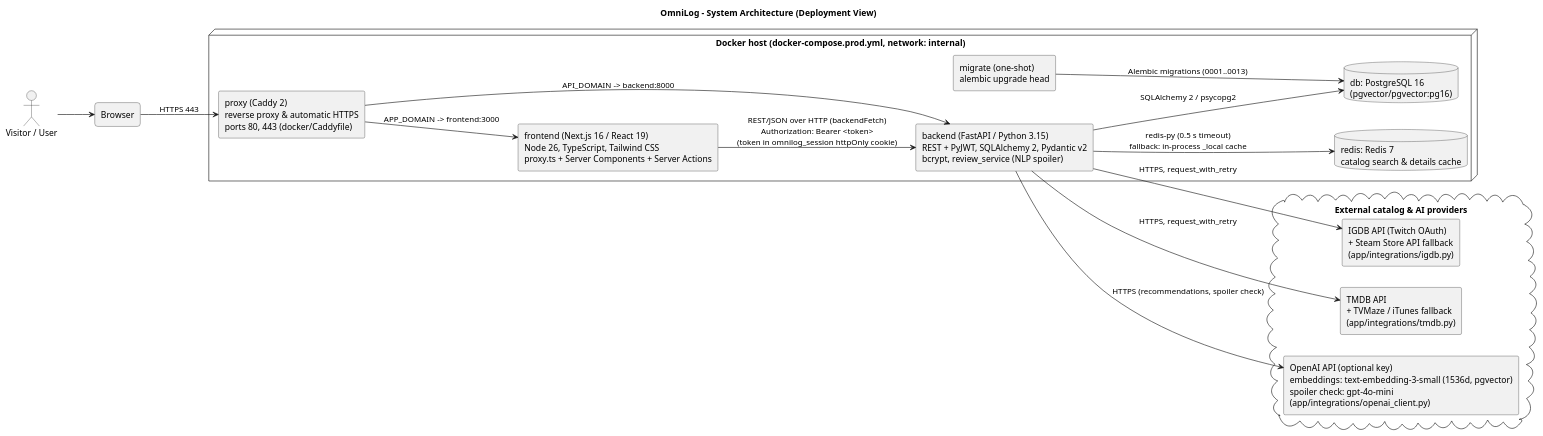
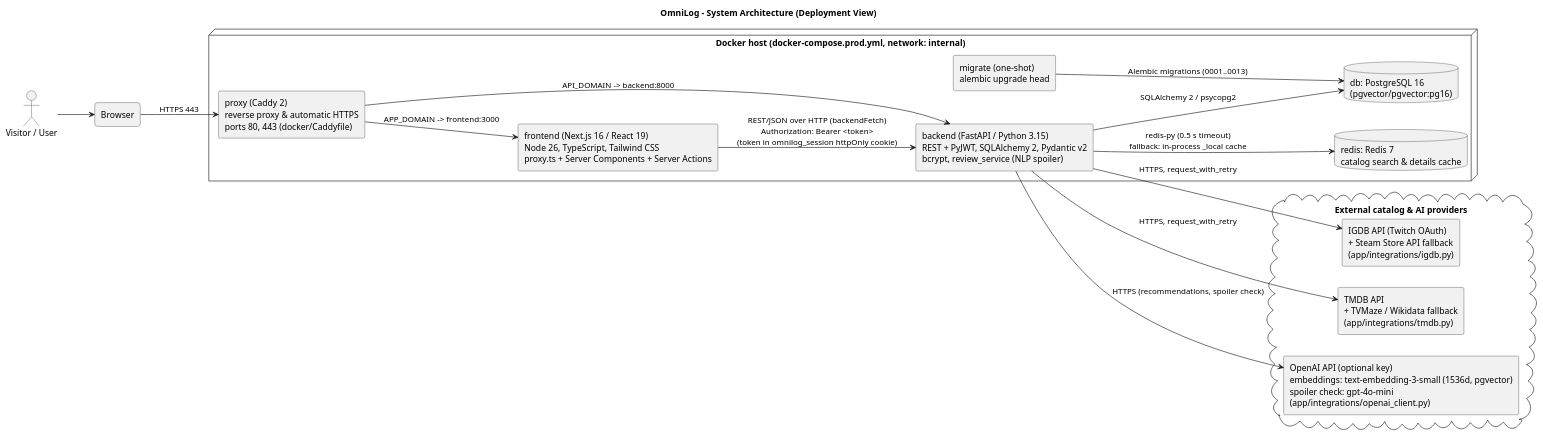
The diagram in docs/design/arch/01-system-architecture.puml (metezd/OmniLog), drawn with PlantUML before and after one commit. The commit also changed 9 other files, not shown here.

First line of the commit message:
docs(design): show Wikidata as the keyless movie source in the diagrams and the report

```diff
--- a/docs/design/arch/01-system-architecture.puml
+++ b/docs/design/arch/01-system-architecture.puml
@@ -1,38 +1,38 @@
 @startuml 01-system-architecture
 title OmniLog - System Architecture (Deployment View)
 skinparam shadowing false
 skinparam defaultFontName Helvetica
 skinparam componentStyle rectangle
 skinparam RectangleRoundCorner 10
 left to right direction
 
 actor "Visitor / User" as U
 rectangle "Browser" as B
 
 node "Docker host (docker-compose.prod.yml, network: internal)" {
   component "proxy (Caddy 2)\nreverse proxy & automatic HTTPS\nports 80, 443 (docker/Caddyfile)" as P
   component "frontend (Next.js 16 / React 19)\nNode 26, TypeScript, Tailwind CSS\nproxy.ts + Server Components + Server Actions" as FE
   component "backend (FastAPI / Python 3.15)\nREST + PyJWT, SQLAlchemy 2, Pydantic v2\nbcrypt, review_service (NLP spoiler)" as BE
   component "migrate (one-shot)\nalembic upgrade head" as MIG
   database "db: PostgreSQL 16\n(pgvector/pgvector:pg16)" as PG
   database "redis: Redis 7\ncatalog search & details cache" as R
 }
 
 cloud "External catalog & AI providers" {
   component "IGDB API (Twitch OAuth)\n+ Steam Store API fallback\n(app/integrations/igdb.py)" as IGDB
-  component "TMDB API\n+ TVMaze / iTunes fallback\n(app/integrations/tmdb.py)" as TMDB
+  component "TMDB API\n+ TVMaze / Wikidata fallback\n(app/integrations/tmdb.py)" as TMDB
   component "OpenAI API (optional key)\nembeddings: text-embedding-3-small (1536d, pgvector)\nspoiler check: gpt-4o-mini\n(app/integrations/openai_client.py)" as AI
 }
 
 U --> B
 B --> P : HTTPS 443
 P --> FE : APP_DOMAIN -> frontend:3000
 P --> BE : API_DOMAIN -> backend:8000
 FE --> BE : REST/JSON over HTTP (backendFetch)\nAuthorization: Bearer <token>\n(token in omnilog_session httpOnly cookie)
 BE --> PG : SQLAlchemy 2 / psycopg2
 BE --> R : redis-py (0.5 s timeout)\nfallback: in-process _local cache
 BE --> IGDB : HTTPS, request_with_retry
 BE --> TMDB : HTTPS, request_with_retry
 BE --> AI : HTTPS (recommendations, spoiler check)
 MIG --> PG : Alembic migrations (0001..0013)
 @enduml
```
